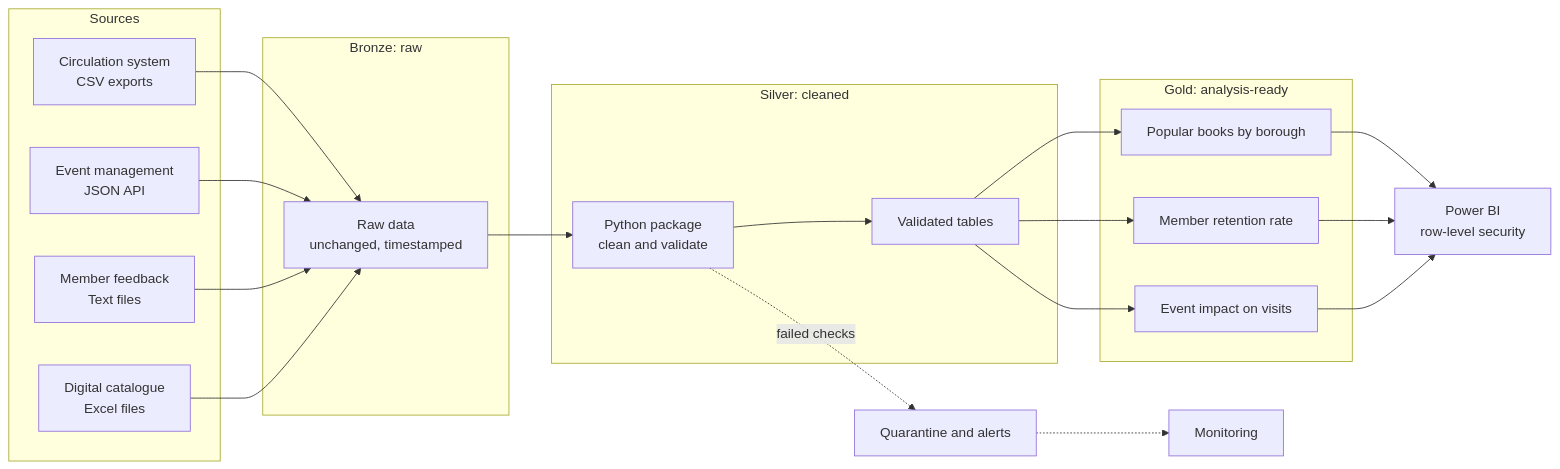
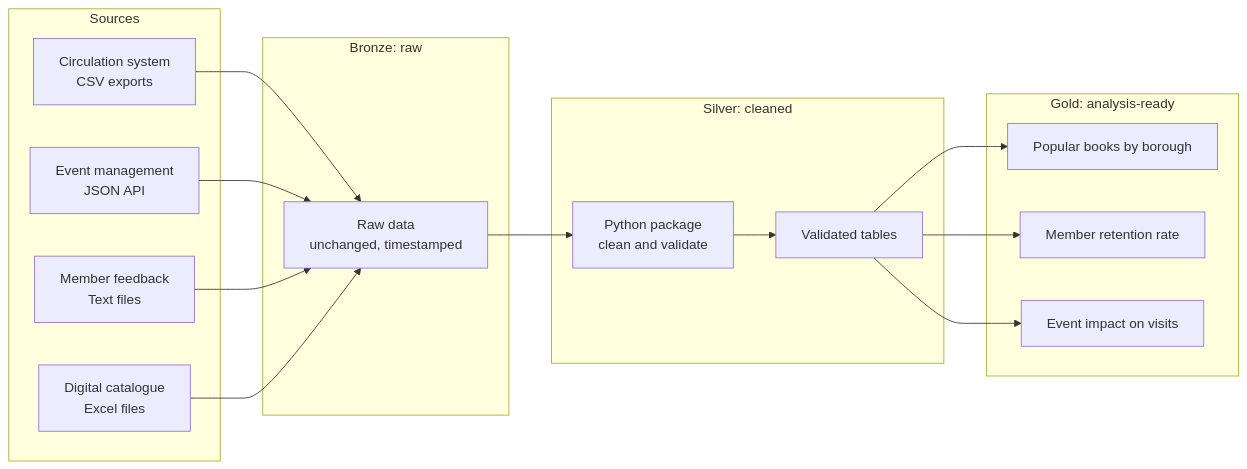
One commit to JulezEnt0/DE5_Module5 changed the second of 2 diagrams in Pipeline.md. Above: the diagram before and after it, drawn with Mermaid.

Commit message:
Refactor pipeline connections in Pipeline.md
Removed redundant connections and comments in the pipeline diagram.

````diff
--- a/Pipeline.md
+++ b/Pipeline.md
@@ -15,41 +15,36 @@
 ```mermaid
 flowchart LR
   subgraph SRC["Sources"]
     S1["Circulation system<br/>CSV exports"]
     S2["Event management<br/>JSON API"]
     S3["Member feedback<br/>Text files"]
     S4["Digital catalogue<br/>Excel files"]
   end
 
   subgraph BRONZE["Bronze: raw"]
     B1["Raw data<br/>unchanged, timestamped"]
   end
 
   subgraph SILVER["Silver: cleaned"]
     S5["Python package<br/>clean and validate"]
     S6["Validated tables"]
     S5 --> S6
   end
 
   subgraph GOLD["Gold: analysis-ready"]
     G1["Popular books by borough"]
     G2["Member retention rate"]
     G3["Event impact on visits"]
   end
 
-    S1 --> B1
+S1 --> B1
   S2 --> B1
   S3 --> B1
   S4 --> B1
   B1 --> S5
   S6 --> G1
   S6 --> G2
   S6 --> G3
 
-  G1 --> BI["Power BI<br/>row-level security"]
-  G2 --> BI
-  G3 --> BI
-
-  S5 -.->|"failed checks"| Q["Quarantine and alerts"]
-  Q -.-> M["Monitoring"]
+ 
 ```
````
